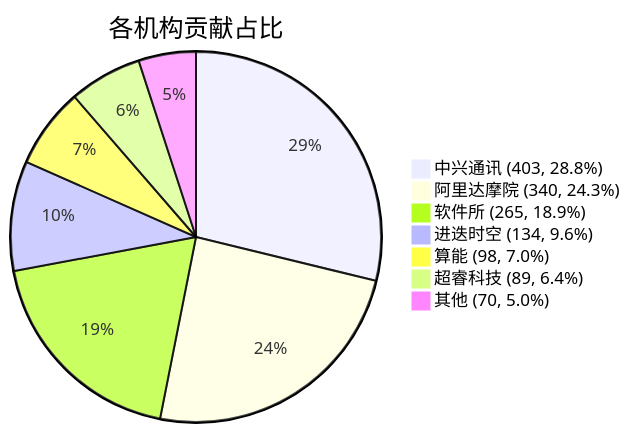
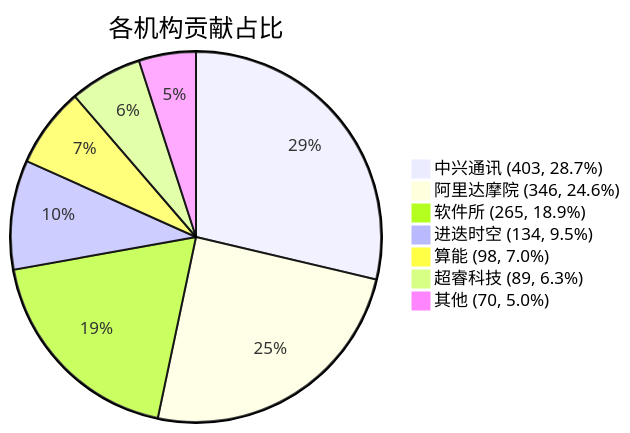
Before and after one commit to RVCK-Project/rvck: the diagram in docs/index.md, drawn with Mermaid. The commit also changed other lines of this file and 21 other files, not shown here.

````diff
--- a/docs/index.md
+++ b/docs/index.md
@@ -39,10 +39,10 @@
 ```mermaid
 pie title 各机构贡献占比
-    "中兴通讯 (403, 28.8%)" : 403
-    "阿里达摩院 (340, 24.3%)" : 340
+    "中兴通讯 (403, 28.7%)" : 403
+    "阿里达摩院 (346, 24.6%)" : 346
     "软件所 (265, 18.9%)" : 265
-    "进迭时空 (134, 9.6%)" : 134
+    "进迭时空 (134, 9.5%)" : 134
     "算能 (98, 7.0%)" : 98
-    "超睿科技 (89, 6.4%)" : 89
+    "超睿科技 (89, 6.3%)" : 89
     "其他 (70, 5.0%)" : 70
 ```
````
